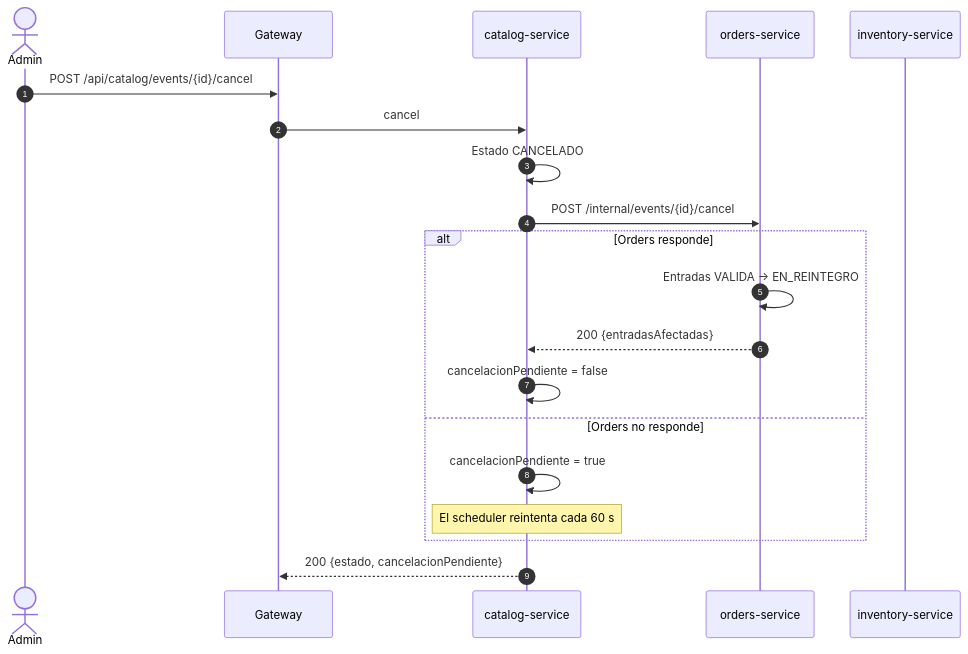
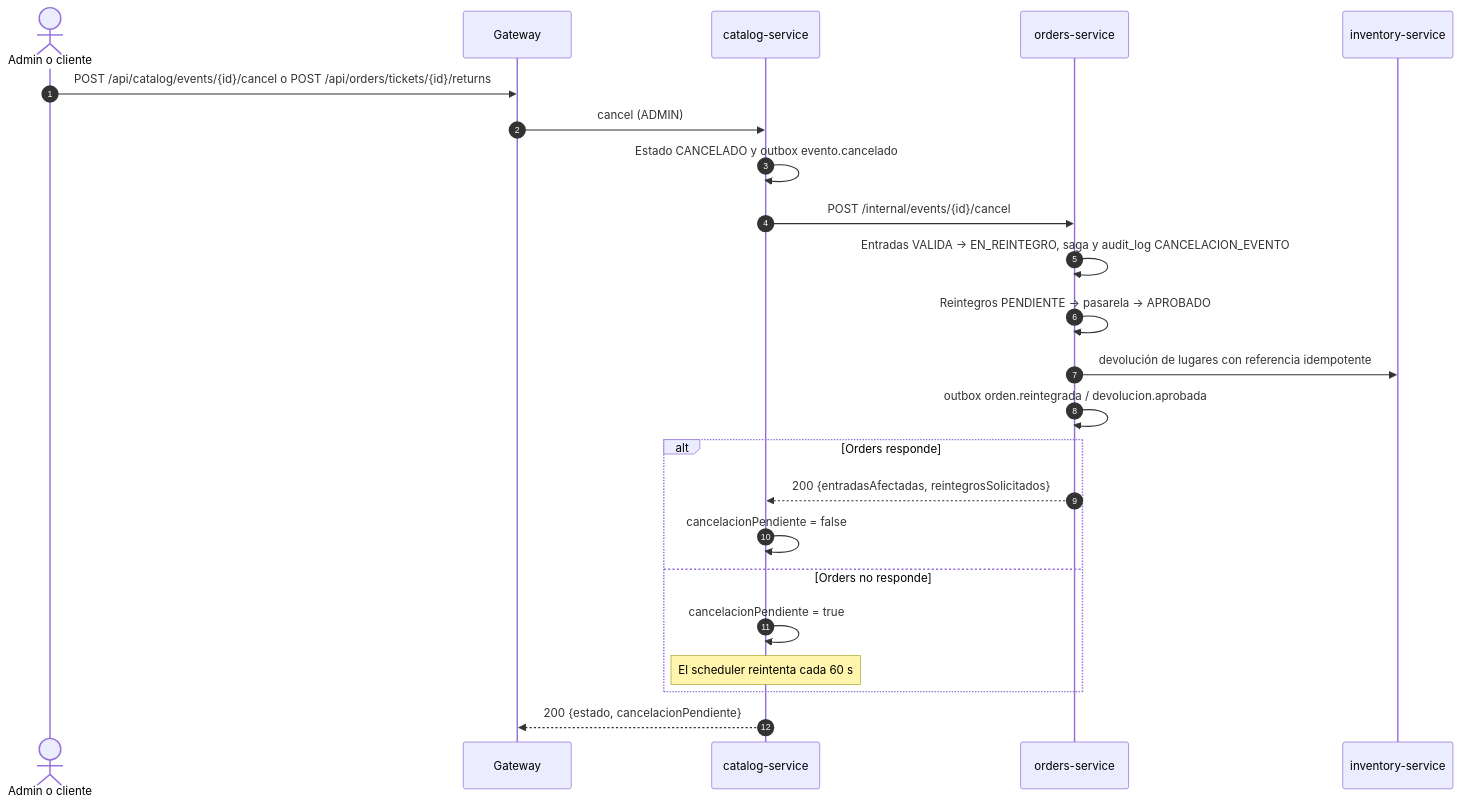
One commit to Pabloaguirre23/ArquitecturaWeb changed the sixth of 8 diagrams in TP-TicketYa/docs/arquitectura.md. Above: the diagram before and after it, drawn with Mermaid. The commit also changed other lines of this file, not shown here.

Commit message:
docs: arquitectura de entrega 2 con saga/outbox, fila, QR y notificaciones (10.5)

````diff
--- a/TP-TicketYa/docs/arquitectura.md
+++ b/TP-TicketYa/docs/arquitectura.md
@@ -167,23 +257,26 @@
 ```mermaid
 sequenceDiagram
     autonumber
-    actor A as Admin
+    actor A as Admin o cliente
     participant G as Gateway
     participant C as catalog-service
     participant O as orders-service
     participant I as inventory-service
 
-    A->>G: POST /api/catalog/events/{id}/cancel
-    G->>C: cancel
-    C->>C: Estado CANCELADO
+    A->>G: POST /api/catalog/events/{id}/cancel o POST /api/orders/tickets/{id}/returns
+    G->>C: cancel (ADMIN)
+    C->>C: Estado CANCELADO y outbox evento.cancelado
     C->>O: POST /internal/events/{id}/cancel
+    O->>O: Entradas VALIDA → EN_REINTEGRO, saga y audit_log CANCELACION_EVENTO
+    O->>O: Reintegros PENDIENTE → pasarela → APROBADO
+    O->>I: devolución de lugares con referencia idempotente
+    O->>O: outbox orden.reintegrada / devolucion.aprobada
     alt Orders responde
-        O->>O: Entradas VALIDA → EN_REINTEGRO
-        O-->>C: 200 {entradasAfectadas}
+        O-->>C: 200 {entradasAfectadas, reintegrosSolicitados}
         C->>C: cancelacionPendiente = false
     else Orders no responde
         C->>C: cancelacionPendiente = true
         Note over C: El scheduler reintenta cada 60 s
     end
     C-->>G: 200 {estado, cancelacionPendiente}
 ```
````
